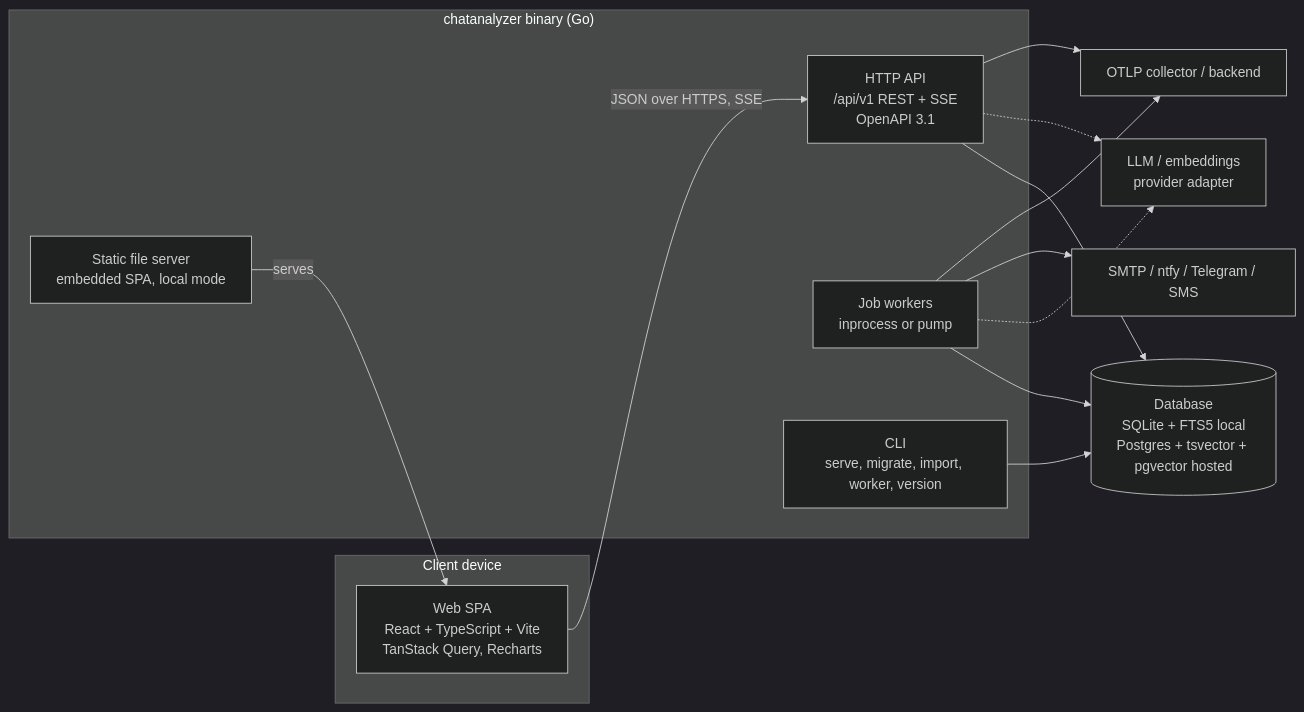
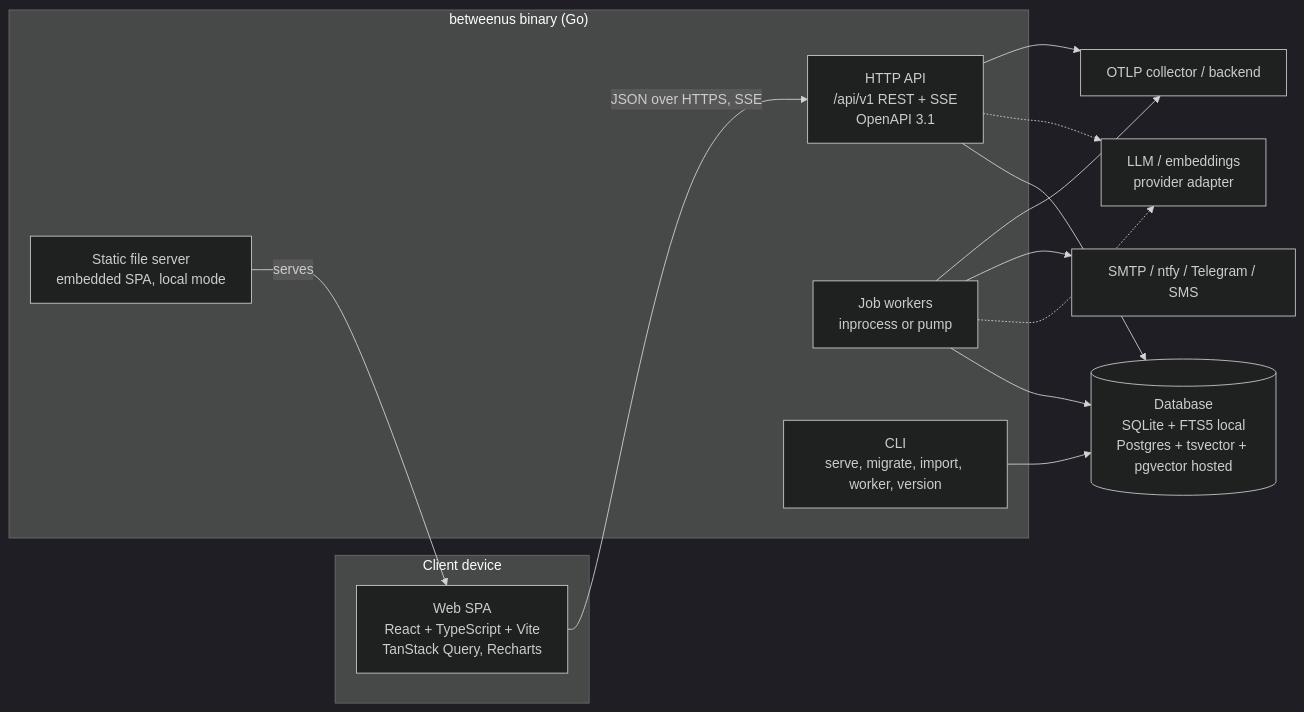
The second of 14 diagrams in docs/02-architecture.md (KshitijV97/between-us), drawn with Mermaid (dark theme) before and after one commit. The commit also changed other lines of this file and 70 other files, not shown here.

````diff
--- a/docs/02-architecture.md
+++ b/docs/02-architecture.md
@@ -79,27 +79,27 @@
 ```mermaid
 flowchart LR
     subgraph Client["Client device"]
         spa["Web SPA<br/>React + TypeScript + Vite<br/>TanStack Query, Recharts"]
     end
-    subgraph Server["chatanalyzer binary (Go)"]
+    subgraph Server["betweenus binary (Go)"]
         http["HTTP API<br/>/api/v1 REST + SSE<br/>OpenAPI 3.1"]
         static["Static file server<br/>embedded SPA, local mode"]
         workers["Job workers<br/>inprocess or pump"]
         cli["CLI<br/>serve, migrate, import, worker, version"]
     end
     db[("Database<br/>SQLite + FTS5 local<br/>Postgres + tsvector + pgvector hosted")]
     llm["LLM / embeddings<br/>provider adapter"]
     otel["OTLP collector / backend"]
     notif["SMTP / ntfy / Telegram / SMS"]
 
     spa -->|"JSON over HTTPS, SSE"| http
     static -->|"serves"| spa
     http --> db
     workers --> db
     cli --> db
     workers -.-> llm
     http -.-> llm
     workers --> notif
     http --> otel
     workers --> otel
 ```
````
